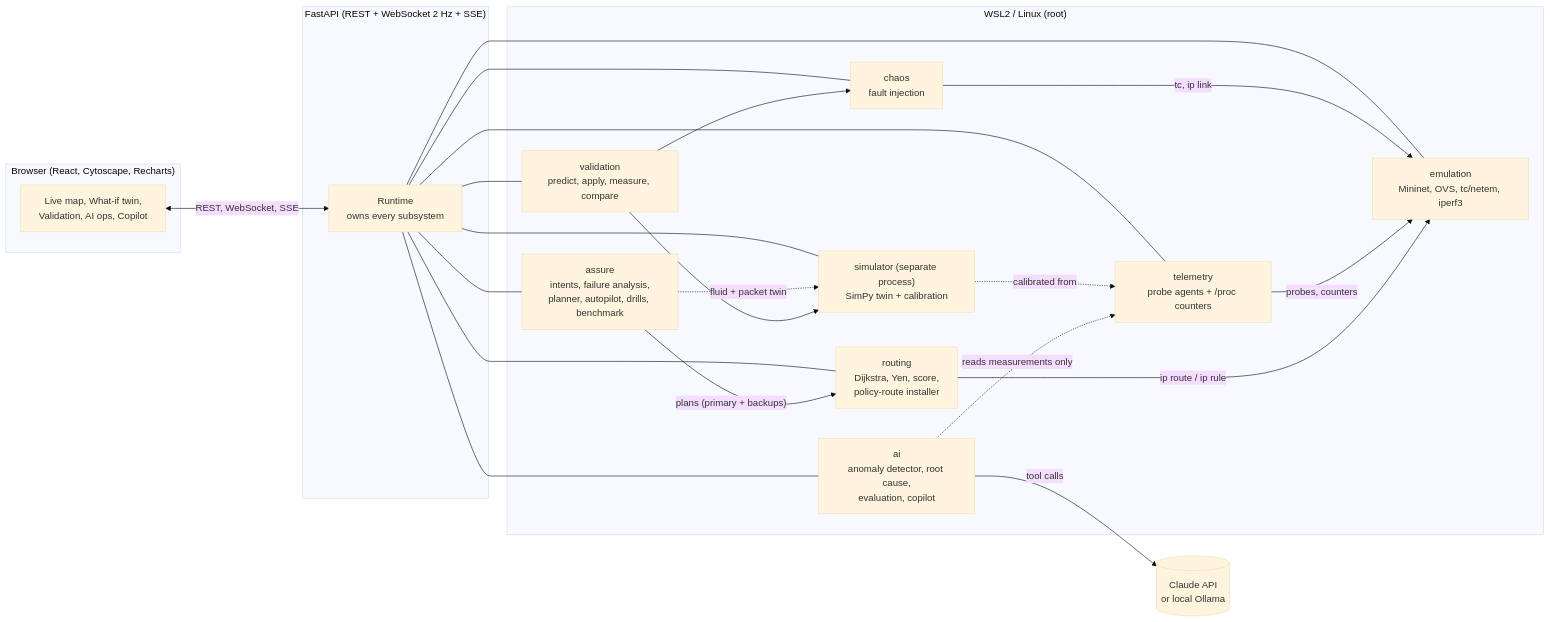
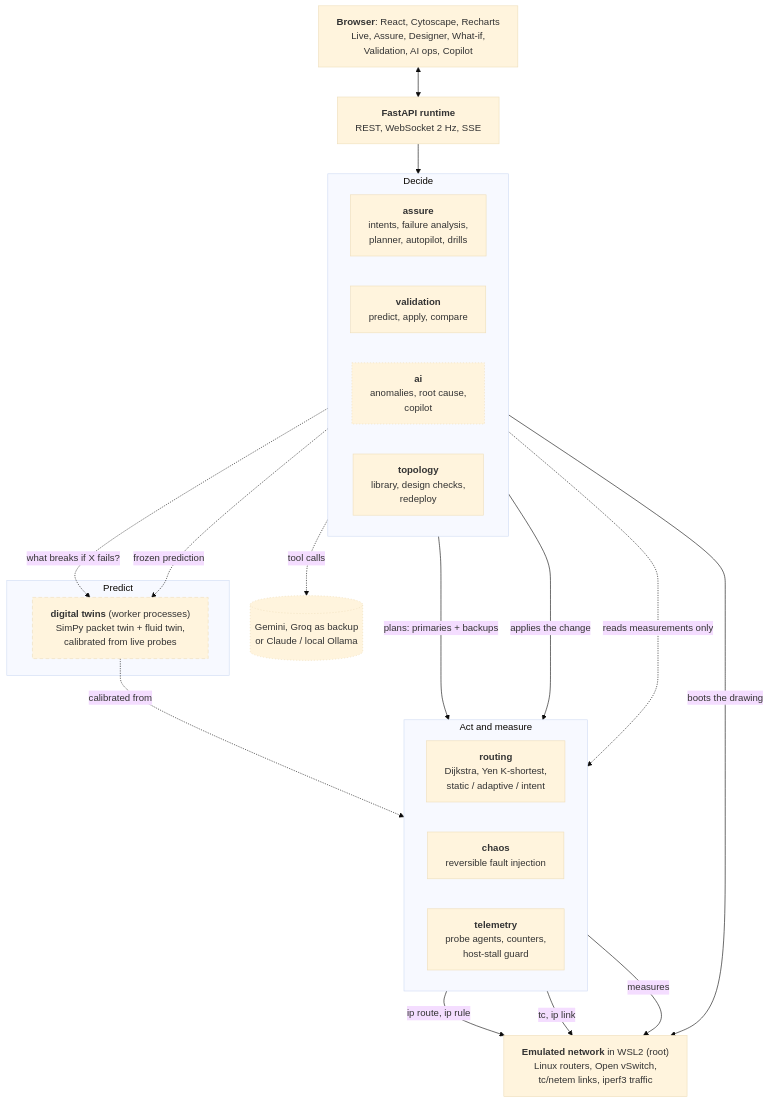
One commit to hrdk6/NETVISTA changed the first of 10 diagrams in README.md. Above: the diagram before and after it, drawn with Mermaid (base theme). The commit also changed other lines of this file, not shown here.

First line of the commit message:
README: fix clipped Mermaid diagrams on GitHub, redraw the architecture, add two diagrams

````diff
--- a/README.md
+++ b/README.md
@@ -64,36 +64,45 @@
 ```mermaid
-flowchart LR
-    subgraph Browser["Browser (React, Cytoscape, Recharts)"]
-        UI["Live map, What-if twin,<br/>Validation, AI ops, Copilot"]
+%%{init: {"flowchart": {"wrappingWidth": 300}} }%%
+flowchart TB
+    UI["<b>Browser</b>: React, Cytoscape, Recharts<br/>Live, Assure, Designer, What-if,<br/>Validation, AI ops, Copilot"]
+    RT["<b>FastAPI runtime</b><br/>REST, WebSocket 2 Hz, SSE"]
+    UI <--> RT
+
+    subgraph DECIDE["Decide"]
+        direction LR
+        AS["<b>assure</b><br/>intents, failure analysis,<br/>planner, autopilot, drills"]
+        VAL["<b>validation</b><br/>predict, apply, compare"]
+        AI["<b>ai</b><br/>anomalies, root cause,<br/>copilot"]:::ai
+        TOPO["<b>topology</b><br/>library, design checks,<br/>redeploy"]
     end
 
-    subgraph API["FastAPI (REST + WebSocket 2 Hz + SSE)"]
-        RT["Runtime<br/>owns every subsystem"]
+    subgraph PREDICT["Predict"]
+        SIM["<b>digital twins</b> (worker processes)<br/>SimPy packet twin + fluid twin,<br/>calibrated from live probes"]:::sim
     end
 
-    subgraph WSL["WSL2 / Linux (root)"]
-        EMU["emulation<br/>Mininet, OVS, tc/netem, iperf3"]
-        TEL["telemetry<br/>probe agents + /proc counters"]
-        CHAOS["chaos<br/>fault injection"]
-        ROUTE["routing<br/>Dijkstra, Yen, score,<br/>policy-route installer"]
-        SIM["simulator (separate process)<br/>SimPy twin + calibration"]
-        VAL["validation<br/>predict, apply, measure, compare"]
-        AI["ai<br/>anomaly detector, root cause,<br/>evaluation, copilot"]
-        AS["assure<br/>intents, failure analysis,<br/>planner, autopilot, drills, benchmark"]
+    subgraph ACT["Act and measure"]
+        direction LR
+        ROUTE["<b>routing</b><br/>Dijkstra, Yen K-shortest,<br/>static / adaptive / intent"]
+        CHAOS["<b>chaos</b><br/>reversible fault injection"]
+        TEL["<b>telemetry</b><br/>probe agents, counters,<br/>host-stall guard"]
     end
 
-    LLM[("Claude API<br/>or local Ollama")]
+    EMU["<b>Emulated network</b> in WSL2 (root)<br/>Linux routers, Open vSwitch,<br/>tc/netem links, iperf3 traffic"]
+    LLM[("Gemini, Groq as backup<br/>or Claude / local Ollama")]:::ai
 
-    UI <-->|"REST, WebSocket, SSE"| RT
-    RT --- EMU & TEL & CHAOS & ROUTE & SIM & VAL & AI & AS
-    AS -.->|"fluid + packet twin"| SIM
-    AS -->|"plans (primary + backups)"| ROUTE
+    RT --> DECIDE
+    AS -.->|"what breaks if X fails?"| SIM
+    VAL -.->|"frozen prediction"| SIM
+    AS -->|"plans: primaries + backups"| ROUTE
+    VAL -->|"applies the change"| CHAOS
+    TOPO -->|"boots the drawing"| EMU
+    ROUTE -->|"ip route, ip rule"| EMU
     CHAOS -->|"tc, ip link"| EMU
-    TEL -->|"probes, counters"| EMU
-    ROUTE -->|"ip route / ip rule"| EMU
+    TEL -->|"measures"| EMU
     SIM -.->|"calibrated from"| TEL
-    VAL --> SIM
-    VAL --> CHAOS
     AI -.->|"reads measurements only"| TEL
-    AI -->|"tool calls"| LLM
+    AI -.->|"tool calls"| LLM
+
+    classDef sim stroke-dasharray: 6 4
+    classDef ai stroke-dasharray: 2 3
 ```
````
